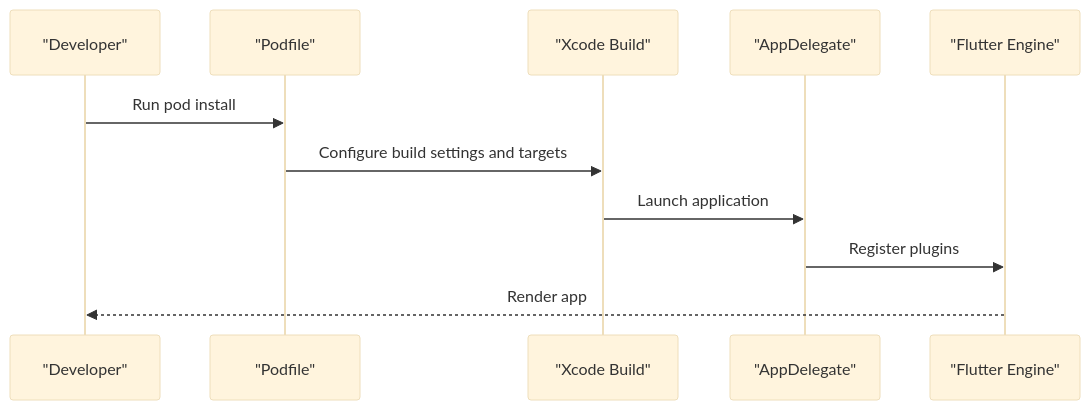
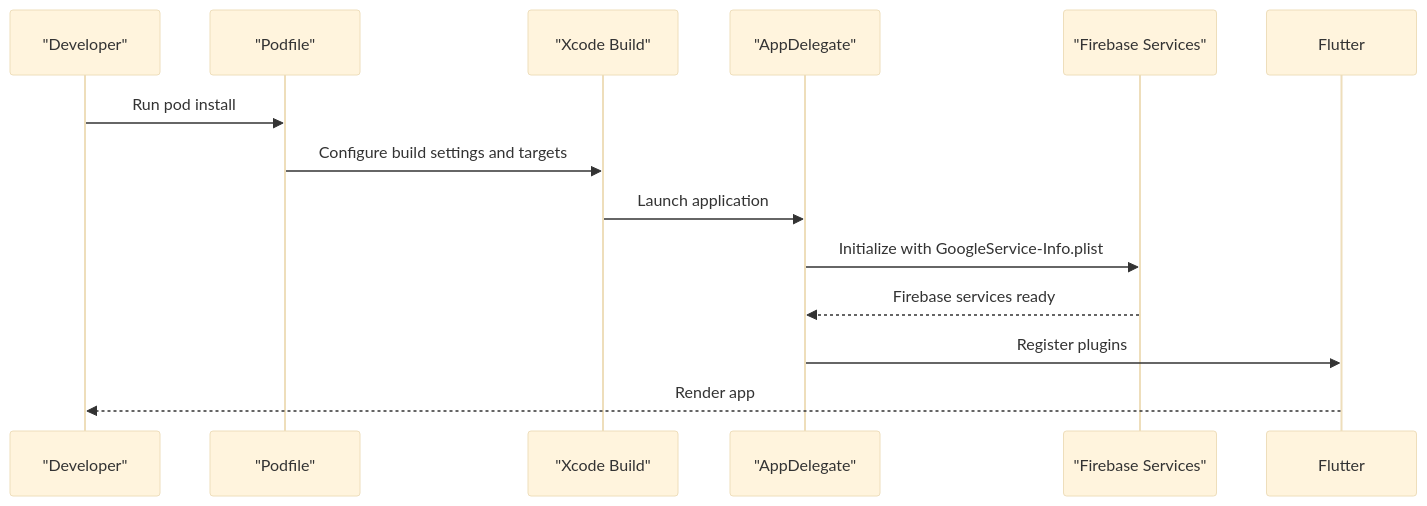
The fourth of 8 diagrams in .qoder/repowiki/en/content/Platform-Specific Implementation/Platform-Specific Implementation.md (Ariful3111/FurniGo), drawn with Mermaid (base theme) before and after one commit. The commit also changed other lines of this file and 12 other files, not shown here.

````diff
--- a/.qoder/repowiki/en/content/Platform-Specific Implementation/Platform-Specific Implementation.md
+++ b/.qoder/repowiki/en/content/Platform-Specific Implementation/Platform-Specific Implementation.md
@@ -178,13 +221,15 @@
 ```mermaid
 sequenceDiagram
 participant Dev as "Developer"
 participant Pods as "Podfile"
 participant Xcode as "Xcode Build"
 participant App as "AppDelegate"
-participant Flutter as "Flutter Engine"
+participant Firebase as "Firebase Services"
 Dev->>Pods : Run pod install
 Pods->>Xcode : Configure build settings and targets
 Xcode->>App : Launch application
+App->>Firebase : Initialize with GoogleService-Info.plist
+Firebase-->>App : Firebase services ready
 App->>Flutter : Register plugins
 Flutter-->>Dev : Render app
 ```
````
